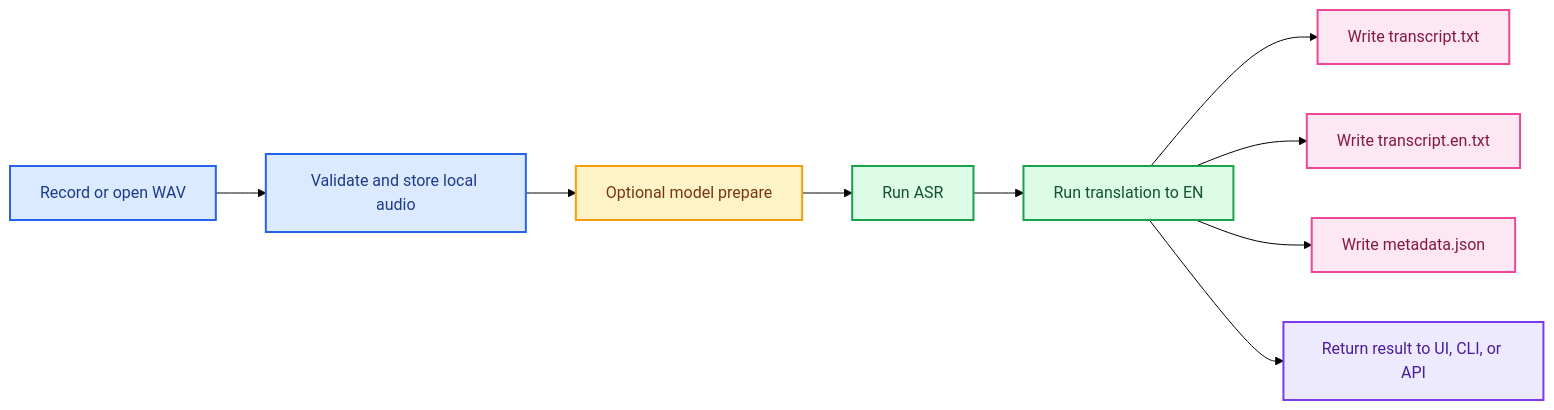
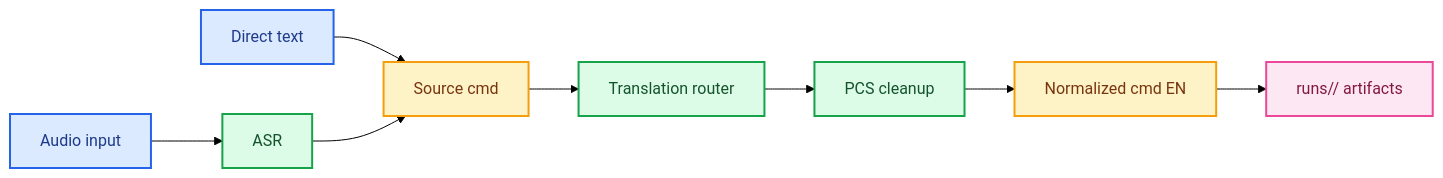
The diagram in README.md (De-Par/smart-voice-kit), drawn with Mermaid (forest theme) before and after one commit. The commit also changed other lines of this file, not shown here.

````diff
--- a/README.md
+++ b/README.md
@@ -105,23 +56,20 @@
 ```mermaid
 flowchart LR
-    A[Record or open WAV] --> B[Validate and store local audio]
-    B --> C[Optional model prepare]
-    C --> D[Run ASR]
-    D --> E[Run translation to EN]
-    E --> F[Write transcript.txt]
-    E --> G[Write transcript.en.txt]
-    E --> H[Write metadata.json]
-    E --> I[Return result to UI, CLI, or API]
+    A[Audio input] --> B[ASR]
+    T[Direct text] --> C[Source cmd]
+    B --> C
+    C --> D[Translation router]
+    D --> E[PCS cleanup]
+    E --> F[Normalized cmd EN]
+    F --> G[runs/<id>/ artifacts]
 
     classDef input fill:#DBEAFE,stroke:#2563EB,color:#1E3A8A,stroke-width:2px;
-    classDef prep fill:#FEF3C7,stroke:#F59E0B,color:#78350F,stroke-width:2px;
     classDef process fill:#DCFCE7,stroke:#16A34A,color:#14532D,stroke-width:2px;
+    classDef normalize fill:#FEF3C7,stroke:#F59E0B,color:#78350F,stroke-width:2px;
     classDef artifact fill:#FCE7F3,stroke:#EC4899,color:#831843,stroke-width:2px;
-    classDef output fill:#EDE9FE,stroke:#7C3AED,color:#4C1D95,stroke-width:2px;
 
-    class A,B input;
-    class C prep;
-    class D,E process;
-    class F,G,H artifact;
-    class I output;
+    class A,T input;
+    class B,D,E process;
+    class C,F normalize;
+    class G artifact;
 ```
````
